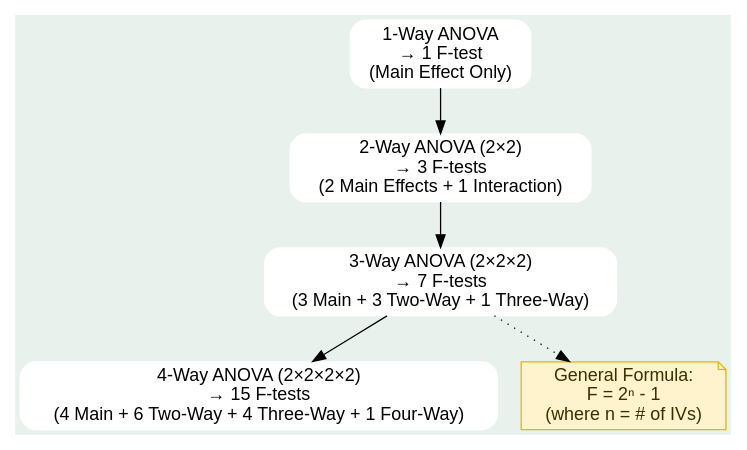
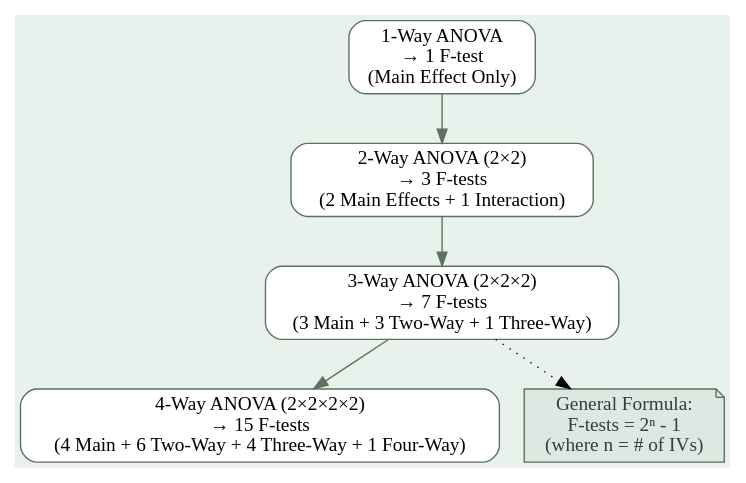
Before and after one commit to DavidBrocker/348SlideDecks: the fourth of 4 diagrams in lec13fct/lec13fct.qmd, drawn with Graphviz. The commit also changed other lines of this file and 11 other files, not shown here.

````diff
--- a/lec13fct/lec13fct.qmd
+++ b/lec13fct/lec13fct.qmd
@@ -560,28 +580,19 @@
 ```{dot}
-
 digraph F_Tests {
   size=5
   rankdir=TB
   bgcolor="#E9F1EC"
-  node [shape=box, style="rounded,filled", fontname="Helvetica", color = "white"]
+  node [shape=box, style="rounded,filled", fontname="Fira Sans", color = "#5C715E", fillcolor = "white"]
+  edge [color = "#5C715E"]
 
-  # Level 1
   oneway [label="1-Way ANOVA\n→ 1 F-test\n(Main Effect Only)"]
-
-  # Level 2
   twoway [label="2-Way ANOVA (2×2)\n→ 3 F-tests\n(2 Main Effects + 1 Interaction)"]
-
-  # Level 3
   threeway [label="3-Way ANOVA (2×2×2)\n→ 7 F-tests\n(3 Main + 3 Two-Way + 1 Three-Way)"]
-
-  # Level 4
   fourway [label="4-Way ANOVA (2×2×2×2)\n→ 15 F-tests\n(4 Main + 6 Two-Way + 4 Three-Way + 1 Four-Way)"]
 
-  # Connections
   oneway -> twoway -> threeway -> fourway
 
-  # Optional: a note on the right
-  note [label="General Formula:\nF = 2ⁿ - 1\n(where n = # of IVs)", shape=note, fillcolor="#FFF3CD", color="#E0B800", fontcolor="#3B2F00"]
+  note [label="General Formula:\nF-tests = 2ⁿ - 1\n(where n = # of IVs)", shape=note, fillcolor="#DCE8E1", color="#5C715E", fontcolor="#2F3E46"]
   threeway -> note [style=dotted, color="#888"]
 }
 ```
````
